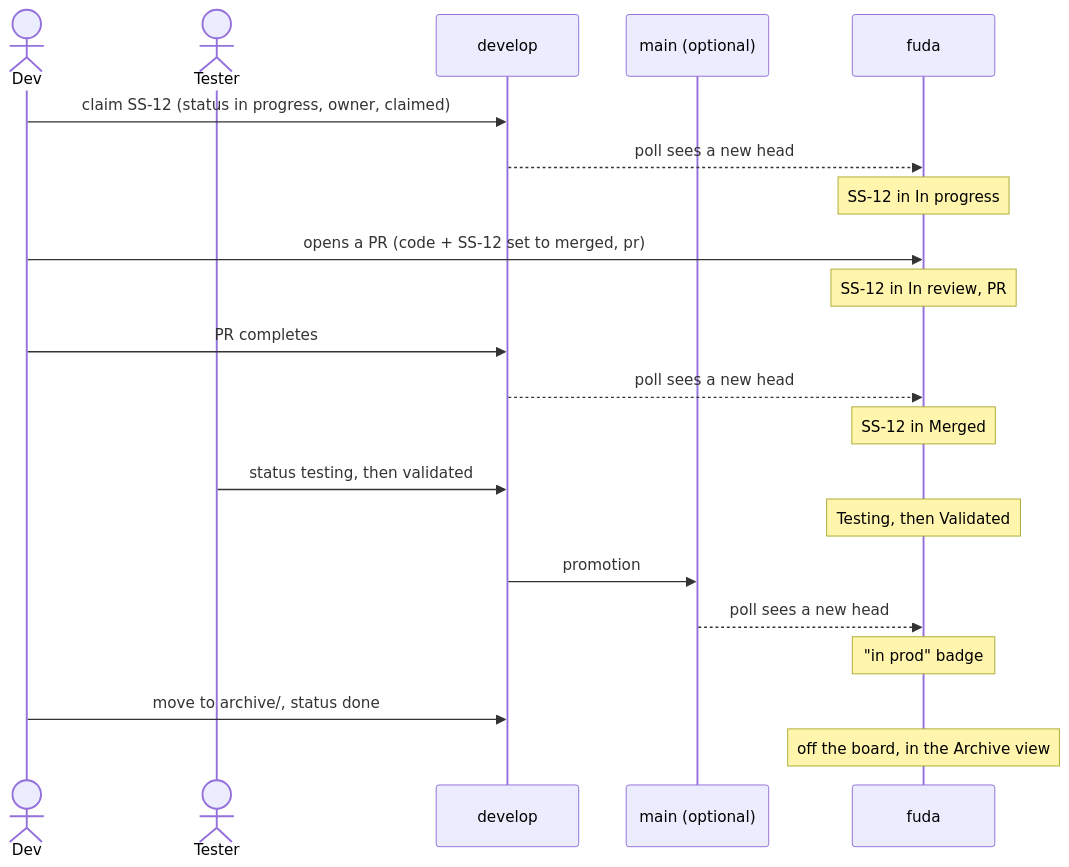
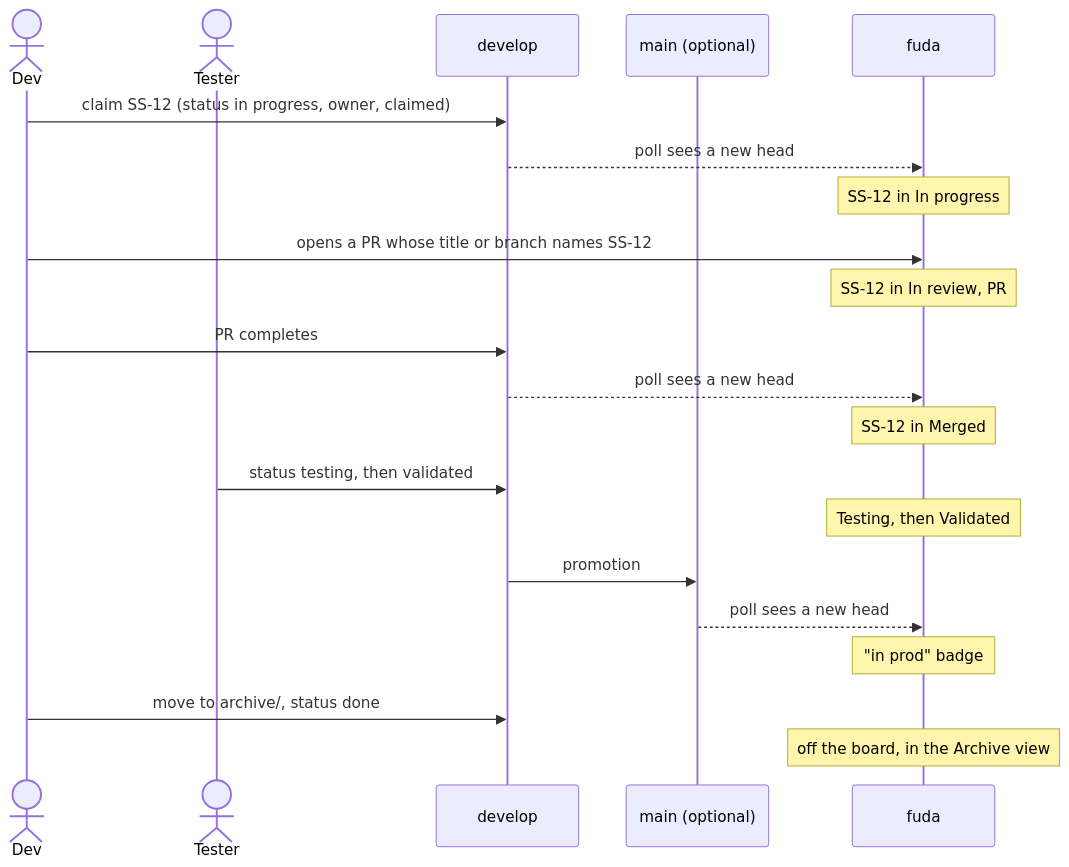
One commit to milos-sikic-nimbus-tech/fuda changed the fifth of 6 diagrams in docs/architecture.md. Above: the diagram before and after it, drawn with Mermaid. The commit also changed other lines of this file and 28 other files, not shown here.

First line of the commit message:
Put Tasks In review when an open PR in a code repository names them

````diff
--- a/docs/architecture.md
+++ b/docs/architecture.md
@@ -211,23 +214,23 @@
 ```mermaid
 sequenceDiagram
   actor Dev
   actor Tester
   participant Develop as develop
   participant Main as main (optional)
   participant Fuda as fuda
   Dev->>Develop: claim SS-12 (status in progress, owner, claimed)
   Develop-->>Fuda: poll sees a new head
   Note over Fuda: SS-12 in In progress
-  Dev->>Fuda: opens a PR (code + SS-12 set to merged, pr)
+  Dev->>Fuda: opens a PR whose title or branch names SS-12
   Note over Fuda: SS-12 in In review, PR #n
   Dev->>Develop: PR completes
   Develop-->>Fuda: poll sees a new head
   Note over Fuda: SS-12 in Merged
   Tester->>Develop: status testing, then validated
   Note over Fuda: Testing, then Validated
   Develop->>Main: promotion
   Main-->>Fuda: poll sees a new head
   Note over Fuda: "in prod" badge
   Dev->>Develop: move to archive/, status done
   Note over Fuda: off the board, in the Archive view
 ```
````
